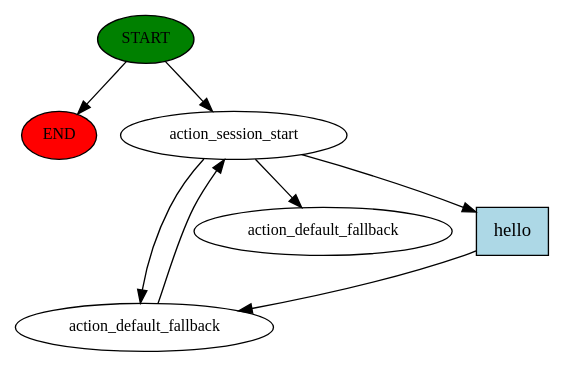
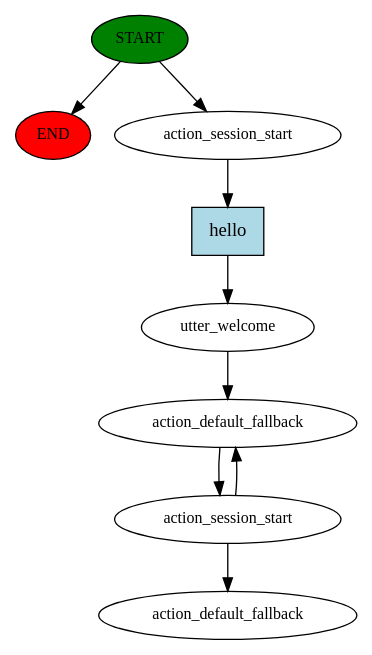
The diagram in ridl_nlp/story_graph.dot (nehald/ridl_nlp_2021), drawn with Graphviz before and after one commit. The commit also changed 8 other files, not shown here.

```diff
--- a/ridl_nlp/story_graph.dot
+++ b/ridl_nlp/story_graph.dot
@@ -1,15 +1,18 @@
 digraph  {
 0 [class="start active", fillcolor=green, fontsize=12, label=START, style=filled];
 "-1" [class=end, fillcolor=red, fontsize=12, label=END, style=filled];
 1 [class=active, fontsize=12, label=action_session_start];
-2 [class=active, fontsize=12, label=action_default_fallback];
-24 [class="dashed active", fontsize=12, label=action_default_fallback];
-25 [class="intent active", fillcolor=lightblue, label=hello, shape=rect, style=filled];
+2 [class=active, fontsize=12, label=utter_welcome];
+3 [class=active, fontsize=12, label=action_default_fallback];
+4 [class=active, fontsize=12, label=action_session_start];
+9 [class="dashed active", fontsize=12, label=action_default_fallback];
+10 [class="intent active", fillcolor=lightblue, label=hello, shape=rect, style=filled];
 0 -> "-1"  [class="", key=NONE, label=""];
 0 -> 1  [class=active, key=NONE, label=""];
-1 -> 2  [class=active, key=NONE, label=""];
-1 -> 24  [class=active, key=NONE, label=""];
-1 -> 25  [class=active, key=0];
-2 -> 1  [class=active, key=NONE, label=""];
-25 -> 2  [class=active, key=0];
+1 -> 10  [class=active, key=0];
+2 -> 3  [class=active, key=NONE, label=""];
+3 -> 4  [class=active, key=NONE, label=""];
+4 -> 3  [class=active, key=NONE, label=""];
+4 -> 9  [class=active, key=NONE, label=""];
+10 -> 2  [class=active, key=0];
 }
```
